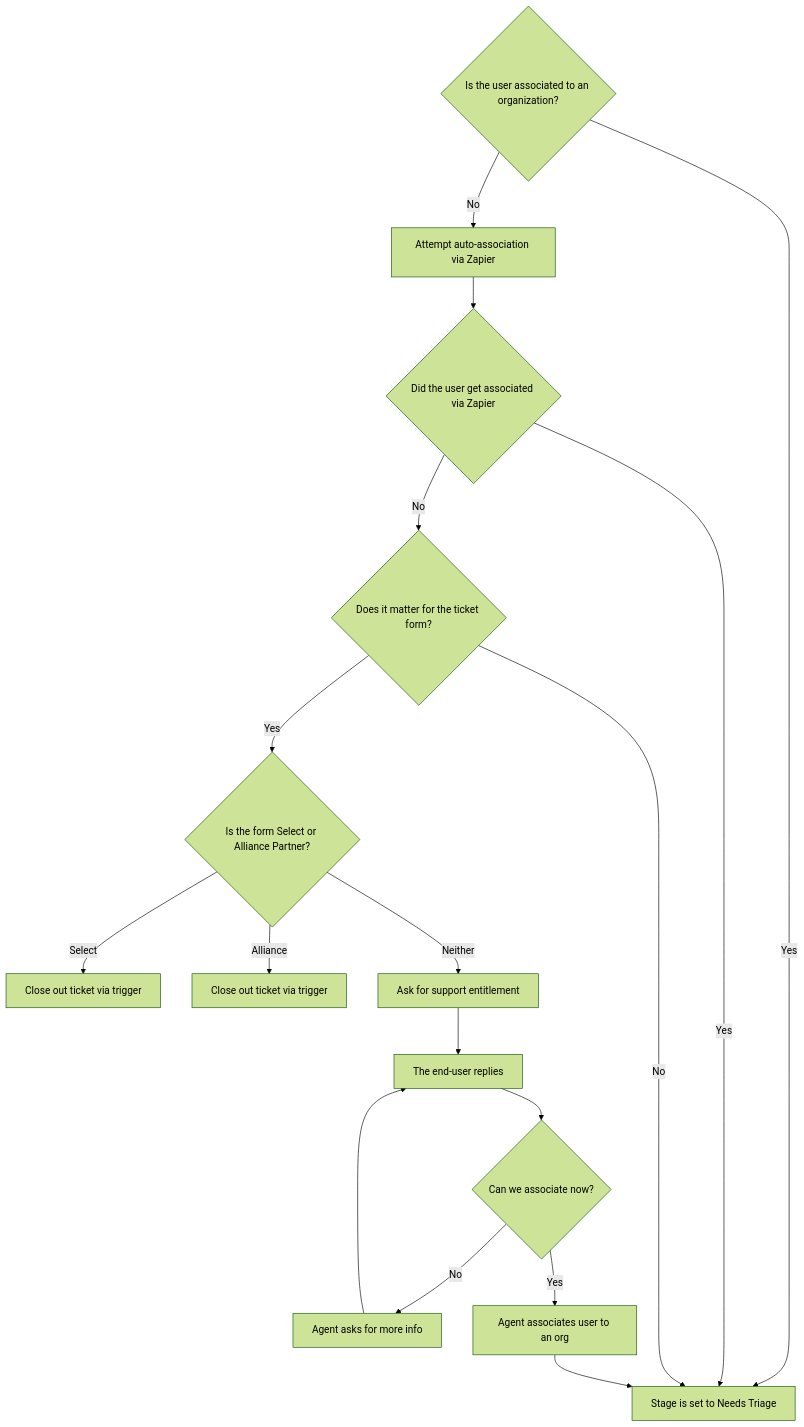
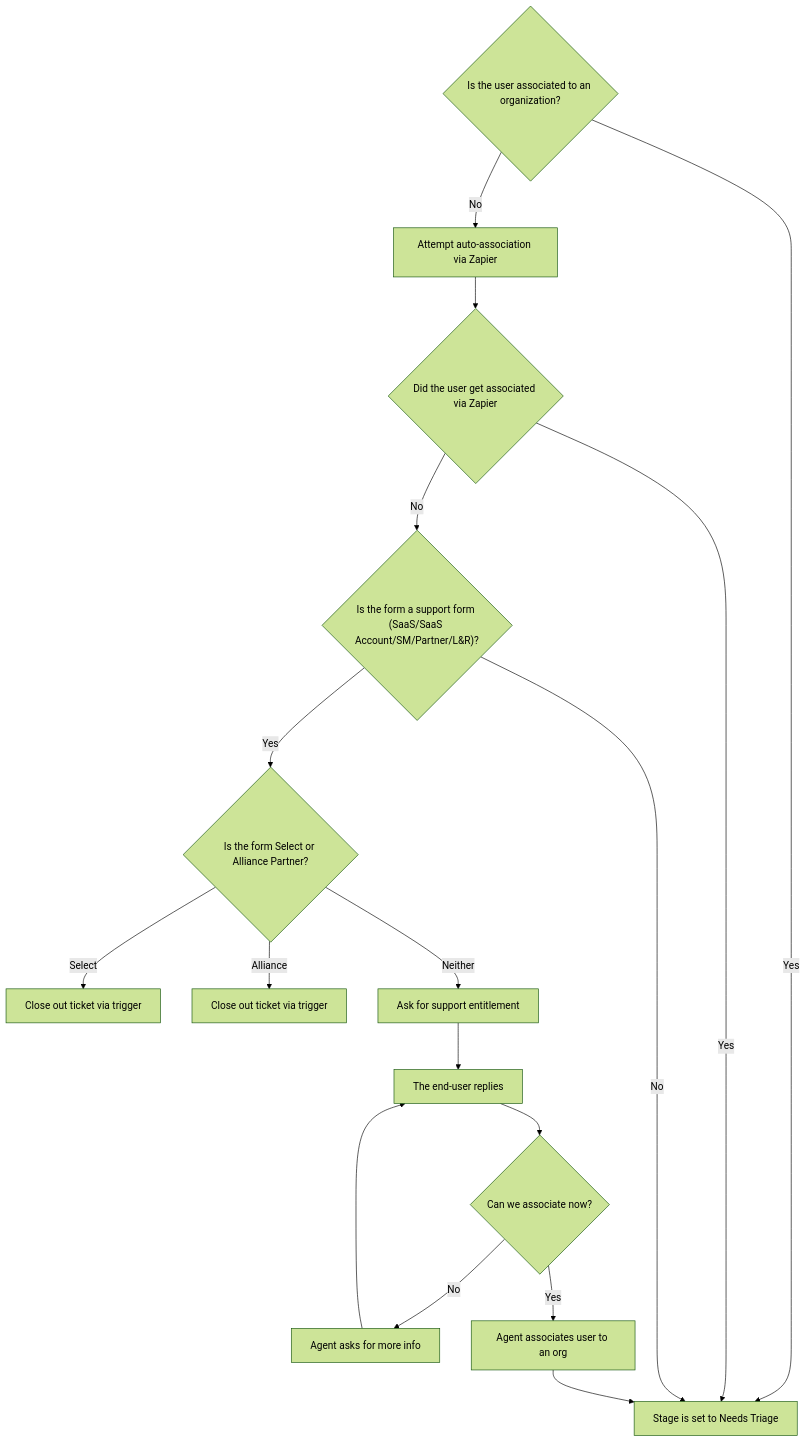
One commit to secretstartups/handbook changed the second of 5 diagrams in support/support-ops/documentation/zendesk_global_routing.html.md. Above: the diagram before and after it, drawn with Mermaid (forest theme).

Commit message:
Support Ops: Update ticket trigger lifecycle graph to clarify relevant support forms

````diff
--- a/support/support-ops/documentation/zendesk_global_routing.html.md
+++ b/support/support-ops/documentation/zendesk_global_routing.html.md
@@ -87,36 +87,36 @@
 ```mermaid
 graph TD;
   Start-->|"No"| Zapier;
   Zapier--> DidItWork;
   DidItWork-->|"No"| DoesItMatter;
   DoesItMatter-->|"Yes"| Partner;
   Partner-->|"Select"| CloseSelect;
   Partner-->|"Alliance"| CloseAlliance;
   Partner-->|"Neither"| AskEntitlement;
   AskEntitlement--> UserReplies;
   UserReplies--> CanAssociate;
   CanAssociate-->|"No"| AgentReplies;
   CanAssociate-->|"Yes"| AgentAssociates;
   AgentReplies--> UserReplies;
   Start-->|"Yes"| End;
   DidItWork-->|"Yes"| End;
   DoesItMatter-->|"No"| End;
   AgentAssociates--> End;
   Start{"Is the user associated to an organization?"};
   Zapier["Attempt auto-association via Zapier"];
   click Zapier "https://gitlab.zendesk.com/agent/admin/triggers/360065733559" _blank;
   DidItWork{"Did the user get associated via Zapier"};
-  DoesItMatter{"Does it matter for the ticket form?"};
+  DoesItMatter{"Is the form a support form (SaaS/SaaS Account/SM/Partner/L&R)?"};
   Partner{"Is the form Select or Alliance Partner?"};
   CloseSelect["Close out ticket via trigger"];
   click CloseSelect "https://gitlab.zendesk.com/agent/admin/triggers/360076309439" _blank;
   CloseAlliance["Close out ticket via trigger"];
   click CloseAlliance "https://gitlab.zendesk.com/agent/admin/triggers/360076004060" _blank;
   AskEntitlement["Ask for support entitlement"];
   click AskEntitlement "https://gitlab.zendesk.com/agent/admin/triggers/360053535679" _blank;
   UserReplies["The end-user replies"];
   CanAssociate{"Can we associate now?"}
   AgentReplies["Agent asks for more info"];
   AgentAssociates["Agent associates user to an org"];
   End["Stage is set to Needs Triage"];
 ```
````
